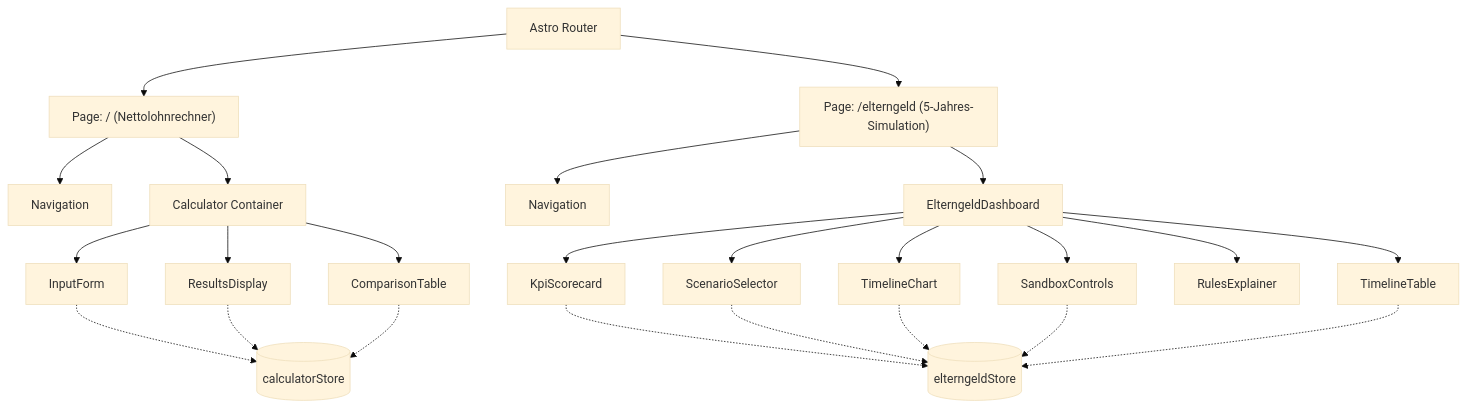
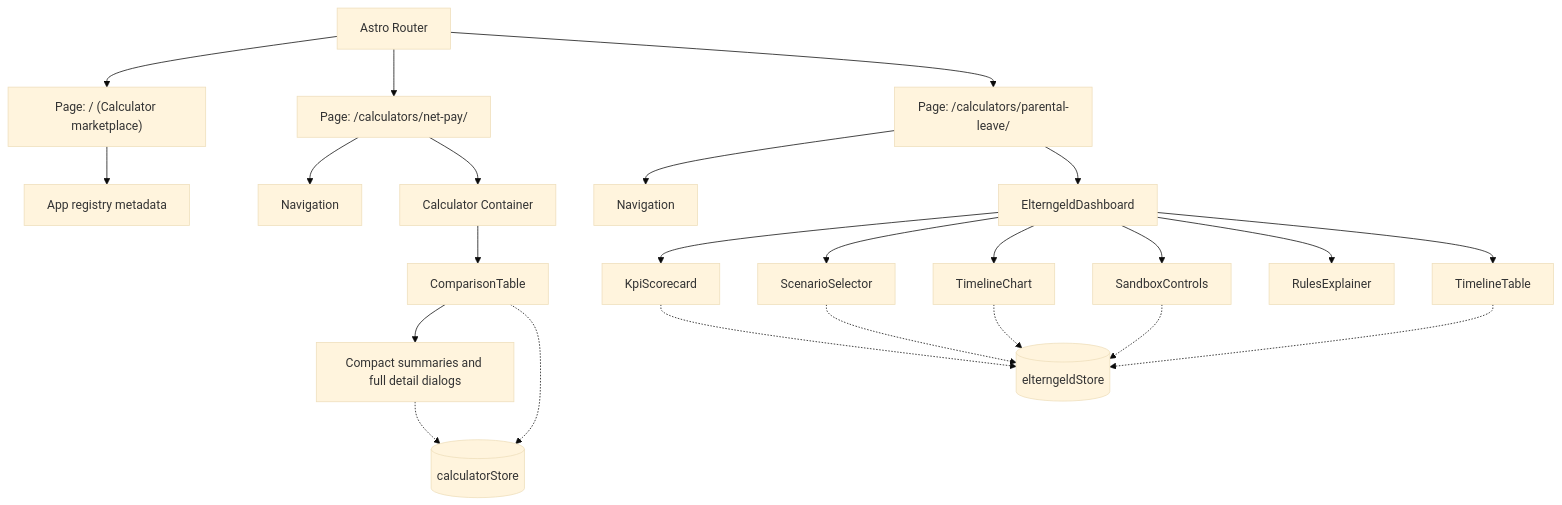
Before and after one commit to HKhademian/Rechner: the diagram in .agents/docs/ARCHITECTURE.md, drawn with Mermaid (base theme). The commit also changed other lines of this file and 3 other files, not shown here.

Commit message:
docs: document calculator app boundaries and extension workflow

````diff
--- a/.agents/docs/ARCHITECTURE.md
+++ b/.agents/docs/ARCHITECTURE.md
@@ -7,30 +6,30 @@
 ```mermaid
 graph TD
-    A[Astro Router] --> B["Page: / (Nettolohnrechner)"]
-    A --> C["Page: /elterngeld (5-Jahres-Simulation)"]
+    A[Astro Router] --> HOME["Page: / (Calculator marketplace)"]
+    HOME --> REG[App registry metadata]
+    A --> B["Page: /calculators/net-pay/"]
+    A --> C["Page: /calculators/parental-leave/"]
     
     B --> N1[Navigation]
     B --> CALC[Calculator Container]
-    CALC --> IF[InputForm]
-    CALC --> RD[ResultsDisplay]
     CALC --> CT[ComparisonTable]
+    CT --> RD[Compact summaries and full detail dialogs]
     
     C --> N2[Navigation]
     C --> ED[ElterngeldDashboard]
     ED --> KS[KpiScorecard]
     ED --> SS[ScenarioSelector]
     ED --> TC[TimelineChart]
     ED --> SC[SandboxControls]
     ED --> RE[RulesExplainer]
     ED --> TT[TimelineTable]
     
-    IF -.-> CS[(calculatorStore)]
-    RD -.-> CS
+    RD -.-> CS[(calculatorStore)]
     CT -.-> CS
     
     KS -.-> ES[(elterngeldStore)]
     SS -.-> ES
     TC -.-> ES
     SC -.-> ES
     TT -.-> ES
 ```
````
